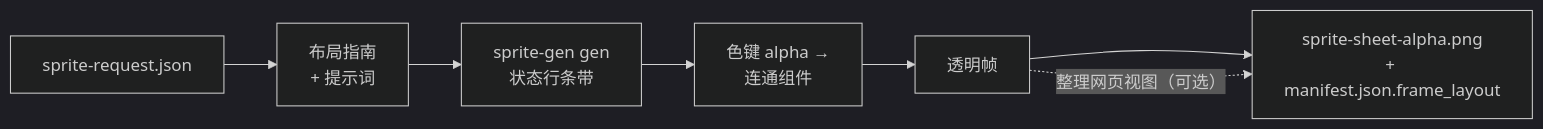
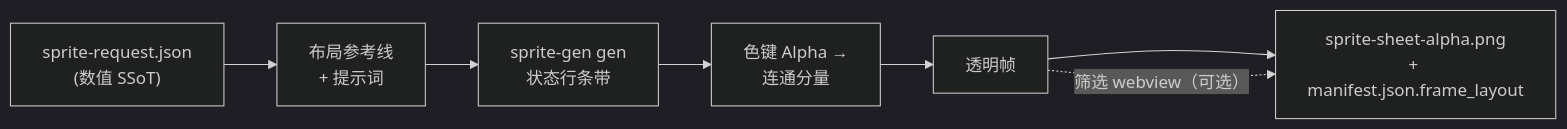
One commit to aldegad/sprite-gen changed the diagram in README.zh-Hans.md. Above: the diagram before and after it, drawn with Mermaid (dark theme). The commit also changed other lines of this file and 12 other files, not shown here.

````diff
--- a/README.zh-Hans.md
+++ b/README.zh-Hans.md
@@ -37,9 +74,9 @@
 ```mermaid
 flowchart LR
-    REQ["sprite-request.json<br/（数值 SSoT）"] --> GUIDES["布局指南<br/>+ 提示词"]
+    REQ["sprite-request.json<br/>(数值 SSoT)"] --> GUIDES["布局参考线<br/>+ 提示词"]
     GUIDES --> GEN["sprite-gen gen<br/>状态行条带"]
-    GEN --> EXTRACT["色键 alpha →<br/>连通组件"]
+    GEN --> EXTRACT["色键 Alpha →<br/>连通分量"]
     EXTRACT --> FRAMES["透明帧"]
     FRAMES --> ATLAS["sprite-sheet-alpha.png<br/>+ manifest.json.frame_layout"]
-    FRAMES -. "整理网页视图（可选）" .-> ATLAS
+    FRAMES -. "筛选 webview（可选）" .-> ATLAS
 ```
````
